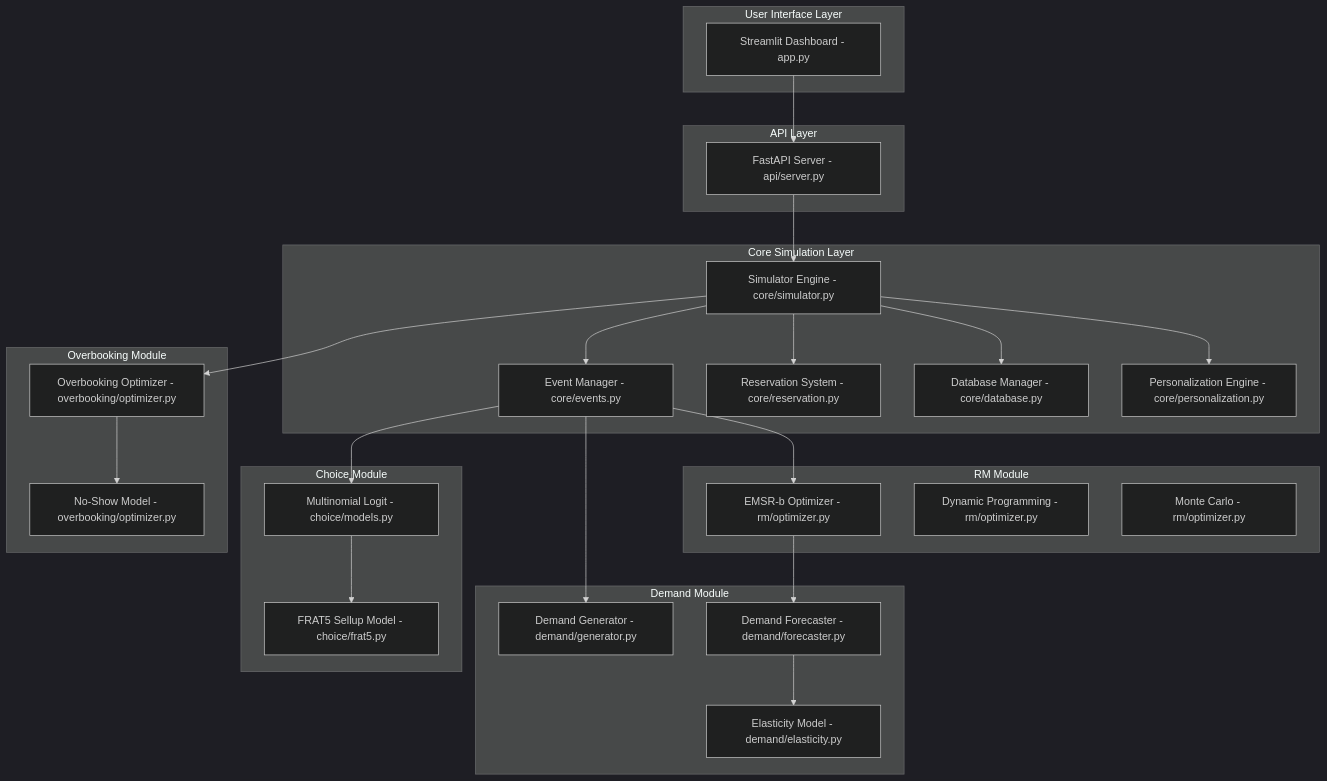
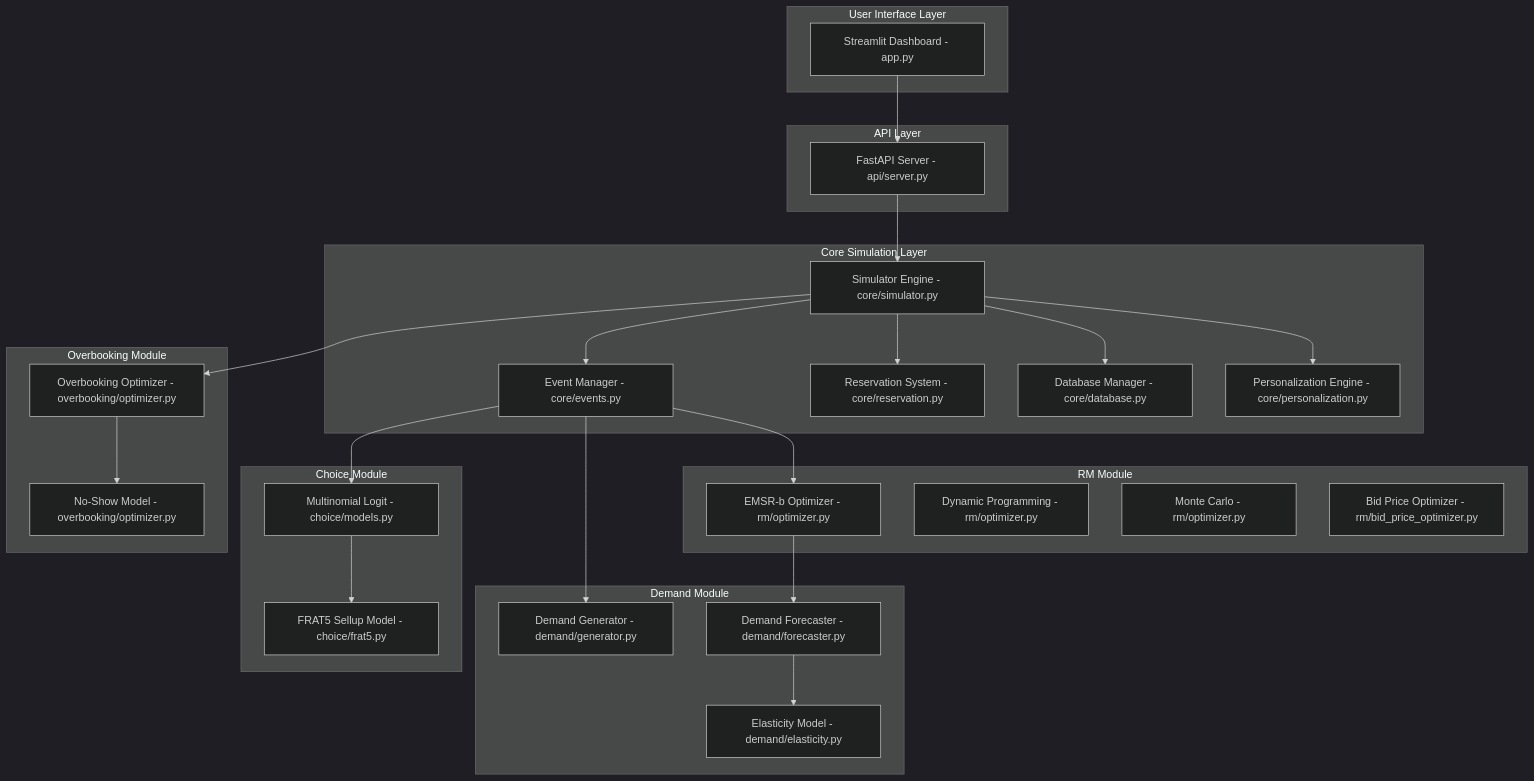
The first of 2 diagrams in docs/SYSTEM_DOCUMENTATION.md (AjitKumar01/AMS), drawn with Mermaid (dark theme) before and after one commit. The commit also changed other lines of this file, not shown here.

````diff
--- a/docs/SYSTEM_DOCUMENTATION.md
+++ b/docs/SYSTEM_DOCUMENTATION.md
@@ -40,55 +41,56 @@
 ```mermaid
 graph TD
     subgraph "User Interface Layer"
         UI[Streamlit Dashboard - app.py]
     end
 
     subgraph "API Layer"
         API[FastAPI Server - api/server.py]
     end
 
     subgraph "Core Simulation Layer"
         SIM[Simulator Engine - core/simulator.py]
         EVT[Event Manager - core/events.py]
         RES[Reservation System - core/reservation.py]
         DB[Database Manager - core/database.py]
         PERS[Personalization Engine - core/personalization.py]
     end
 
     subgraph "Demand Module"
         GEN[Demand Generator - demand/generator.py]
         FORE[Demand Forecaster - demand/forecaster.py]
         ELAS[Elasticity Model - demand/elasticity.py]
     end
 
     subgraph "Choice Module"
         MNL[Multinomial Logit - choice/models.py]
         FRAT[FRAT5 Sellup Model - choice/frat5.py]
     end
 
     subgraph "RM Module"
         EMSR[EMSR-b Optimizer - rm/optimizer.py]
         DP[Dynamic Programming - rm/optimizer.py]
         MC[Monte Carlo - rm/optimizer.py]
+        BP[Bid Price Optimizer - rm/bid_price_optimizer.py]
     end
 
     subgraph "Overbooking Module"
         OB[Overbooking Optimizer - overbooking/optimizer.py]
         NS[No-Show Model - overbooking/optimizer.py]
     end
 
     UI --> API
     API --> SIM
     SIM --> EVT
     SIM --> DB
     SIM --> PERS
     EVT --> GEN
     EVT --> MNL
     EVT --> EMSR
     SIM --> RES
     FORE --> ELAS
     MNL --> FRAT
     EMSR --> FORE
     SIM --> OB
     OB --> NS
 ```
````
